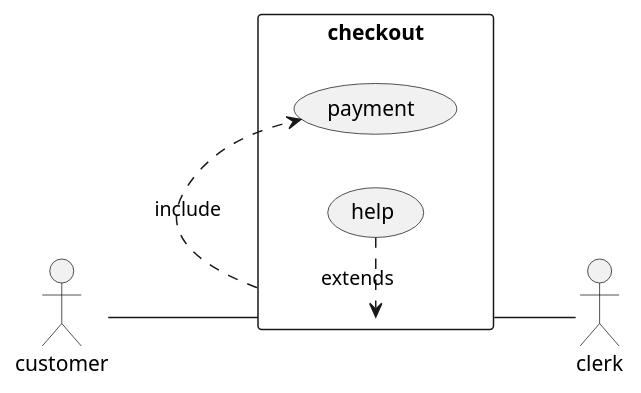
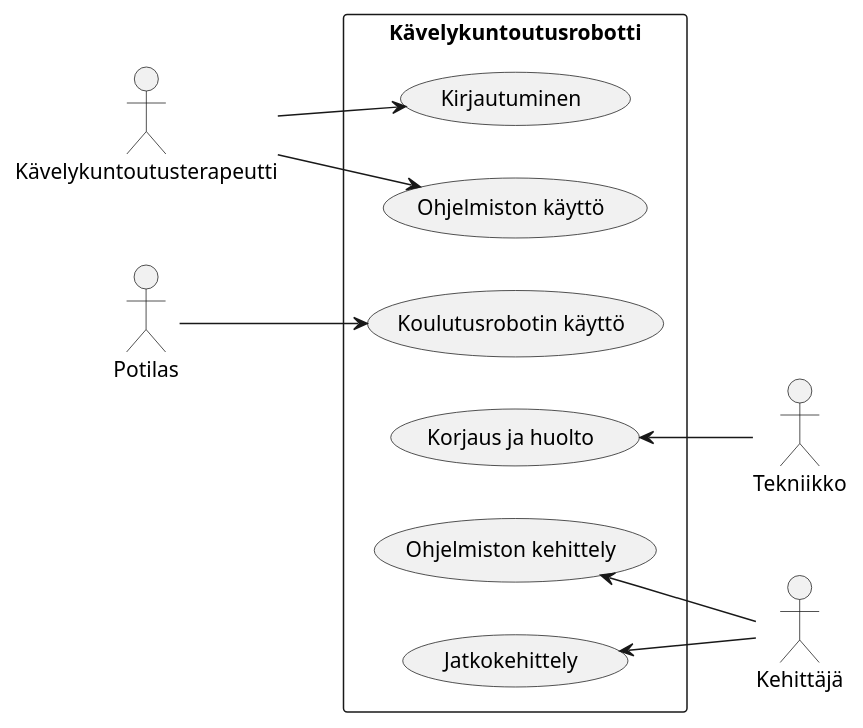
The first of 2 diagrams in dokumentit/02-vaatimusmaarittely/vaatimusmaarittely.md (Betaoptics/ttos0100---2019-implementation), drawn with PlantUML before and after one commit.

````diff
--- a/dokumentit/02-vaatimusmaarittely/vaatimusmaarittely.md
+++ b/dokumentit/02-vaatimusmaarittely/vaatimusmaarittely.md
@@ -205,16 +205,20 @@
 ```plantuml
 
 @startuml
 left to right direction
 skinparam packageStyle rectangle
-actor customer
-actor clerk
-rectangle checkout {
-  customer -- (checkout)
-  (checkout) .> (payment) : include
-  (help) .> (checkout) : extends
-  (checkout) -- clerk
+actor Kävelykuntoutusterapeutti
+actor Potilas
+actor Tekniikko
+actor Kehittäjä
+rectangle Kävelykuntoutusrobotti {
+  Kävelykuntoutusterapeutti --> (Kirjautuminen)
+  Kävelykuntoutusterapeutti --> (Ohjelmiston käyttö)
+  Potilas --> (Koulutusrobotin käyttö)
+  (Korjaus ja huolto) <-- Tekniikko
+  (Ohjelmiston kehittely) <-- Kehittäjä
+  (Jatkokehittely) <-- Kehittäjä
 }
 @enduml
 
 ```
````
